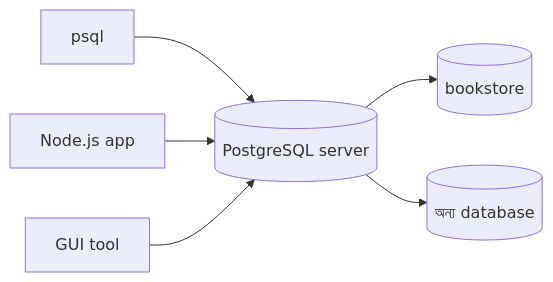
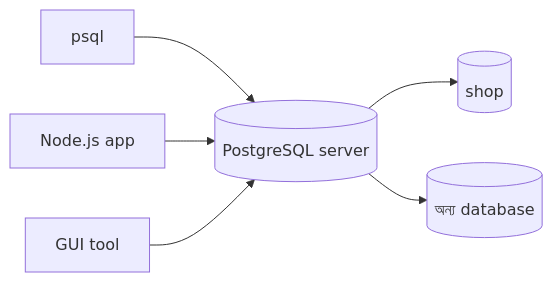
One commit to mdsalahuddin2001/fullstackshikhi changed the diagram in content/docs/postgresql/introduction.mdx. Above: the diagram before and after it, drawn with Mermaid. The commit also changed other lines of this file and 13 other files, not shown here.

````diff
--- a/content/docs/postgresql/introduction.mdx
+++ b/content/docs/postgresql/introduction.mdx
@@ -28,8 +12,8 @@
 ```mermaid
 flowchart LR
   A[psql] --> S[(PostgreSQL server)]
   B[Node.js app] --> S
   C[GUI tool] --> S
-  S --> D1[(bookstore)]
+  S --> D1[(shop)]
   S --> D2[(অন্য database)]
 ```
````
